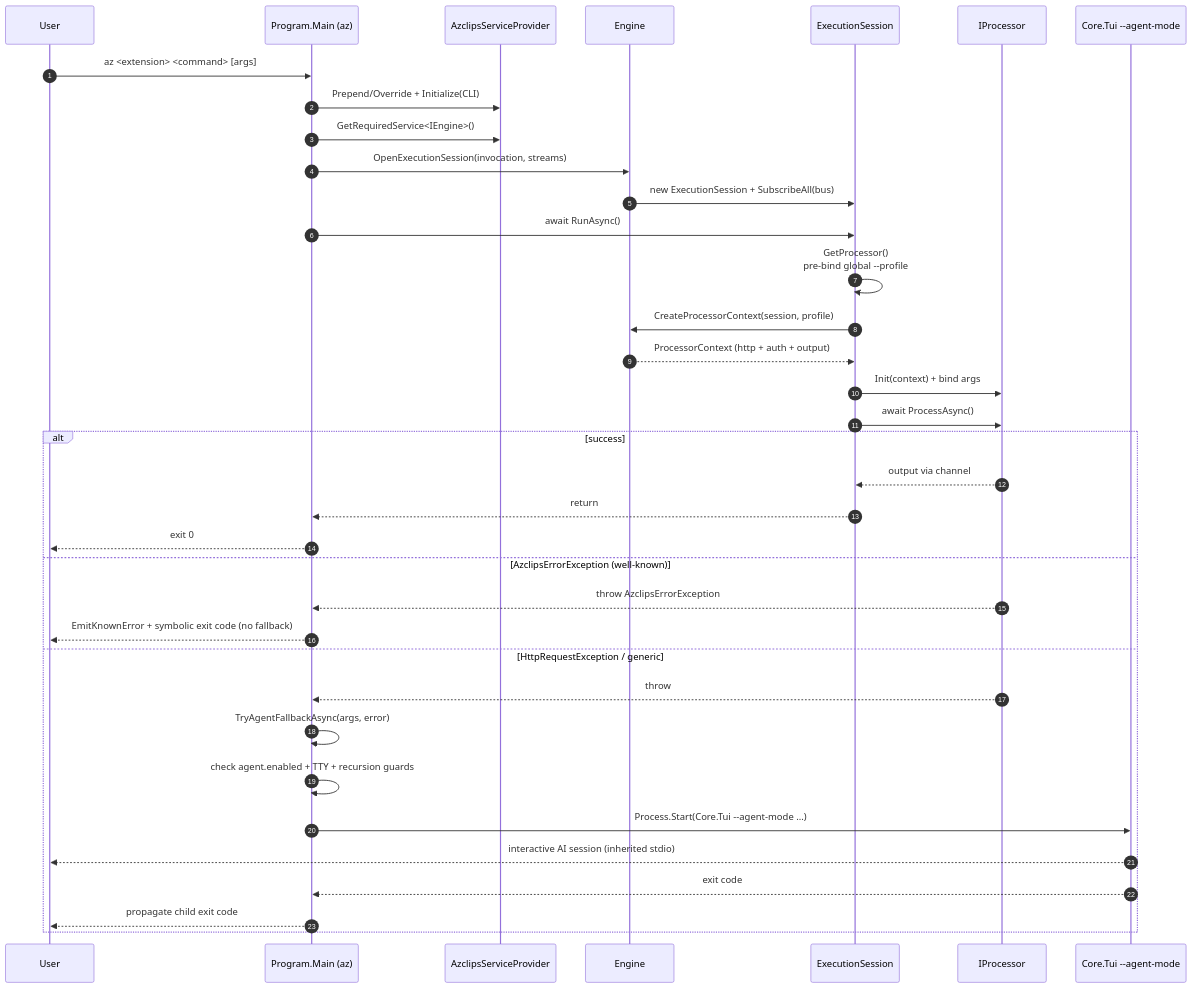
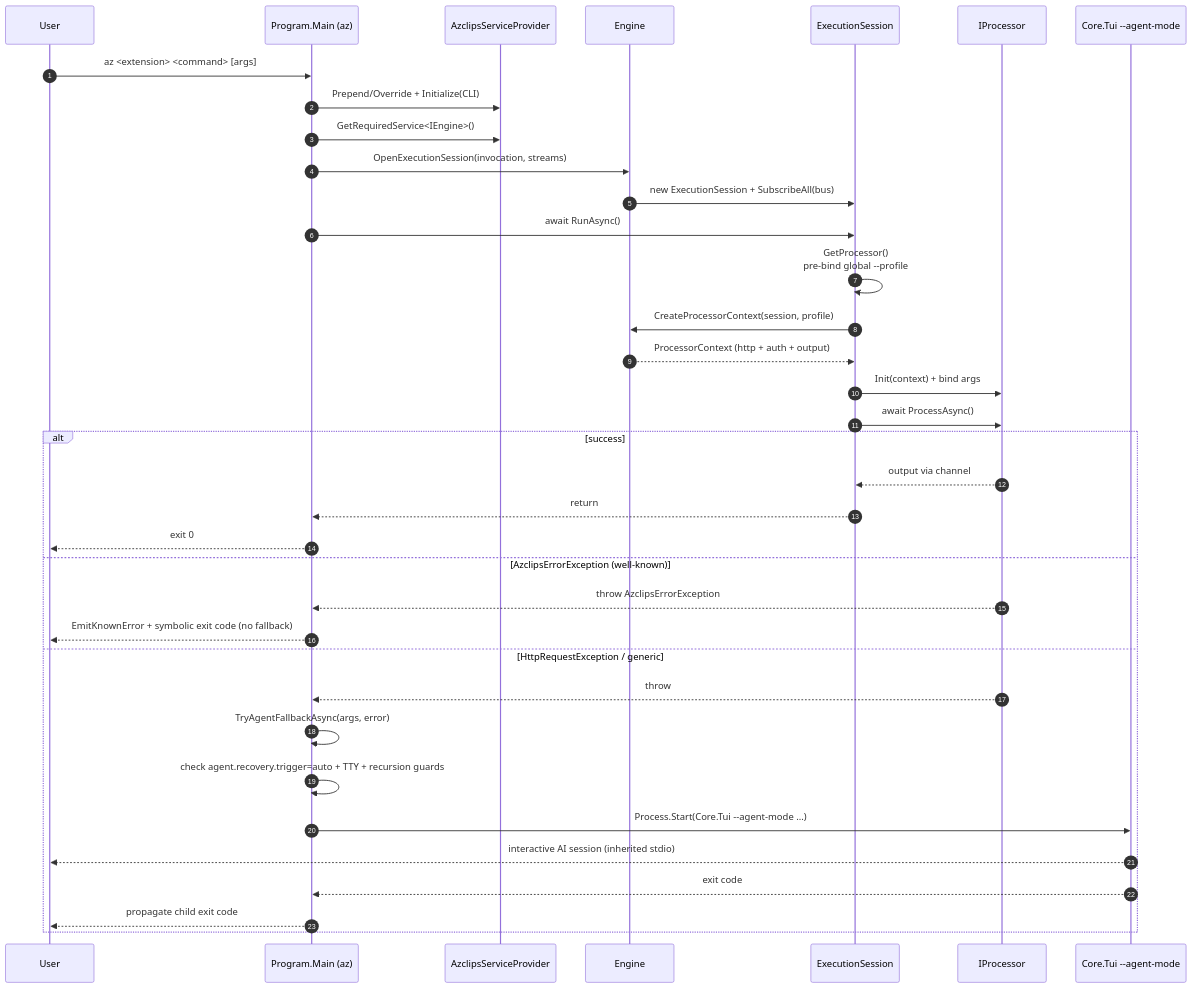
Before and after one commit to Azure/azclips: the second of 2 diagrams in wiki/02-deep-dive/core-engine-orchestration.md, drawn with Mermaid. The commit also changed other lines of this file and 113 other files, not shown here.

First line of the commit message:
[Agent] Add user-triggered AI error recovery (#934)

````diff
--- a/wiki/02-deep-dive/core-engine-orchestration.md
+++ b/wiki/02-deep-dive/core-engine-orchestration.md
@@ -228,40 +228,40 @@
 ```mermaid
 sequenceDiagram
     autonumber
     participant User
     participant Main as Program.Main (az)
     participant DI as AzclipsServiceProvider
     participant Engine
     participant Session as ExecutionSession
     participant Proc as IProcessor
     participant TUI as Core.Tui --agent-mode
 
     User->>Main: az <extension> <command> [args]
     Main->>DI: Prepend/Override + Initialize(CLI)
     Main->>DI: GetRequiredService<IEngine>()
     Main->>Engine: OpenExecutionSession(invocation, streams)
     Engine->>Session: new ExecutionSession + SubscribeAll(bus)
     Main->>Session: await RunAsync()
     Session->>Session: GetProcessor()<br>pre-bind global --profile
     Session->>Engine: CreateProcessorContext(session, profile)
     Engine-->>Session: ProcessorContext (http + auth + output)
     Session->>Proc: Init(context) + bind args
     Session->>Proc: await ProcessAsync()
 
     alt success
         Proc-->>Session: output via channel
         Session-->>Main: return
         Main-->>User: exit 0
     else AzclipsErrorException (well-known)
         Proc-->>Main: throw AzclipsErrorException
         Main-->>User: EmitKnownError + symbolic exit code (no fallback)
     else HttpRequestException / generic
         Proc-->>Main: throw
         Main->>Main: TryAgentFallbackAsync(args, error)
-        Main->>Main: check agent.enabled + TTY + recursion guards
+        Main->>Main: check agent.recovery.trigger=auto + TTY + recursion guards
         Main->>TUI: Process.Start(Core.Tui --agent-mode ...)
         TUI-->>User: interactive AI session (inherited stdio)
         TUI-->>Main: exit code
         Main-->>User: propagate child exit code
     end
 ```
````
